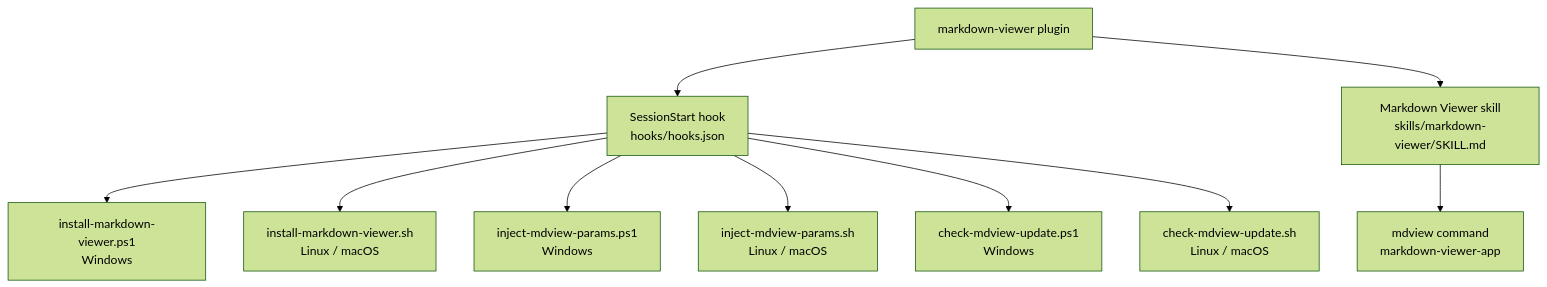
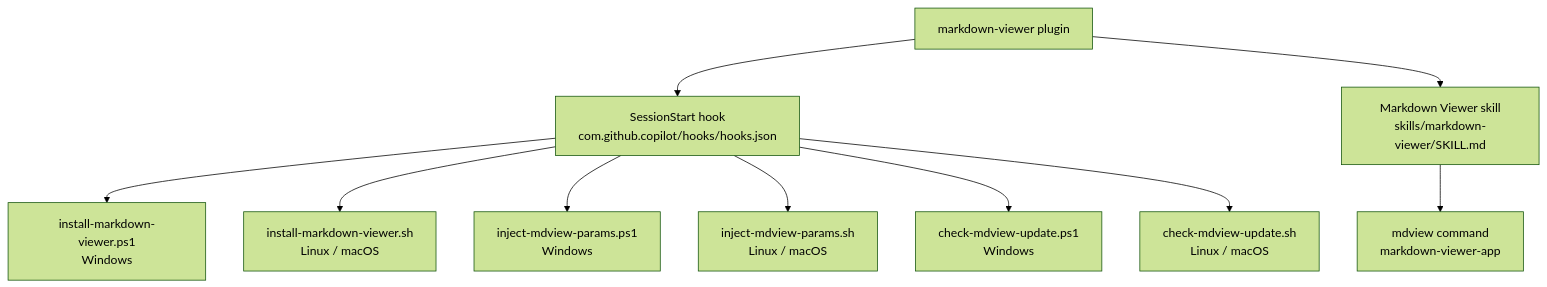
One commit to dimpletz/prompts-collection changed the diagram in plugins/markdown-viewer/README.md. Above: the diagram before and after it, drawn with Mermaid (forest theme). The commit also changed 147 other files, not shown here.

````diff
--- a/plugins/markdown-viewer/README.md
+++ b/plugins/markdown-viewer/README.md
@@ -52,13 +52,13 @@
 ```mermaid
 graph TD
     A[markdown-viewer plugin]
-    A --> B[SessionStart hook<br/>hooks/hooks.json]
+    A --> B[SessionStart hook<br/>com.github.copilot/hooks/hooks.json]
     A --> C[Markdown Viewer skill<br/>skills/markdown-viewer/SKILL.md]
     B --> D[install-markdown-viewer.ps1<br/>Windows]
     B --> E[install-markdown-viewer.sh<br/>Linux / macOS]
     B --> F[inject-mdview-params.ps1<br/>Windows]
     B --> G[inject-mdview-params.sh<br/>Linux / macOS]
     B --> I[check-mdview-update.ps1<br/>Windows]
     B --> J[check-mdview-update.sh<br/>Linux / macOS]
     C --> H[mdview command<br/>markdown-viewer-app]
 ```
````
